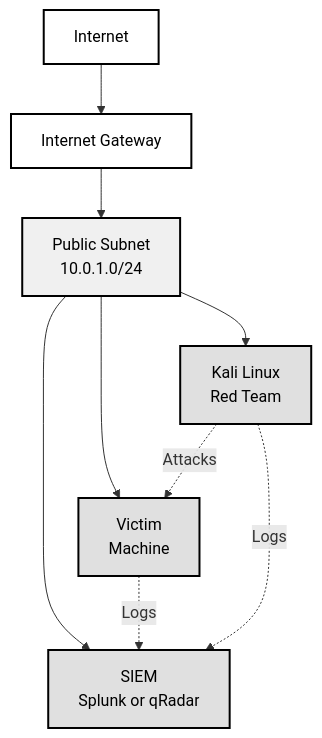
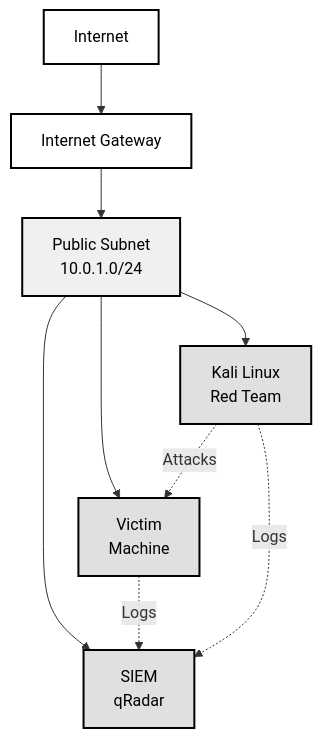
The diagram in README.md (PaloAltoNetworks/shifter), drawn with Mermaid before and after one commit. The commit also changed other lines of this file and 6 other files, not shown here.

````diff
--- a/README.md
+++ b/README.md
@@ -52,19 +52,19 @@
 ```mermaid
 flowchart TD
     A[Internet] --> B[Internet Gateway]
     B --> C[Public Subnet<br/>10.0.1.0/24]
-    C --> D[SIEM<br/>Splunk or qRadar]
+    C --> D[SIEM<br/>qRadar]
     C --> E[Victim<br/>Machine]
     C --> F[Kali Linux<br/>Red Team]
     E -.->|Logs| D
     F -.->|Attacks| E
     F -.->|Logs| D
     
     classDef default fill:#ffffff,stroke:#000000,stroke-width:2px,color:#000000
     classDef subnet fill:#f0f0f0,stroke:#000000,stroke-width:2px,color:#000000
     classDef instances fill:#e0e0e0,stroke:#000000,stroke-width:2px,color:#000000
     
     class A,B default
     class C subnet
     class D,E,F instances
 ```
````
